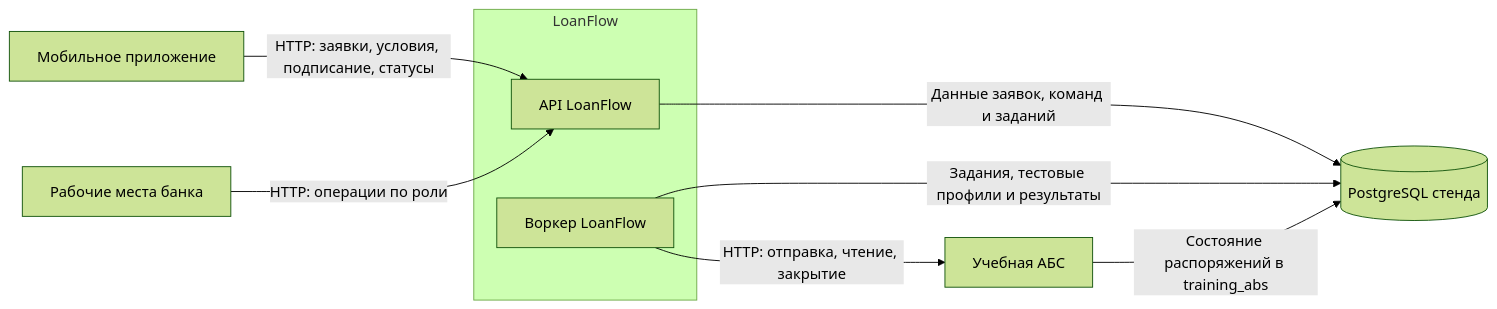
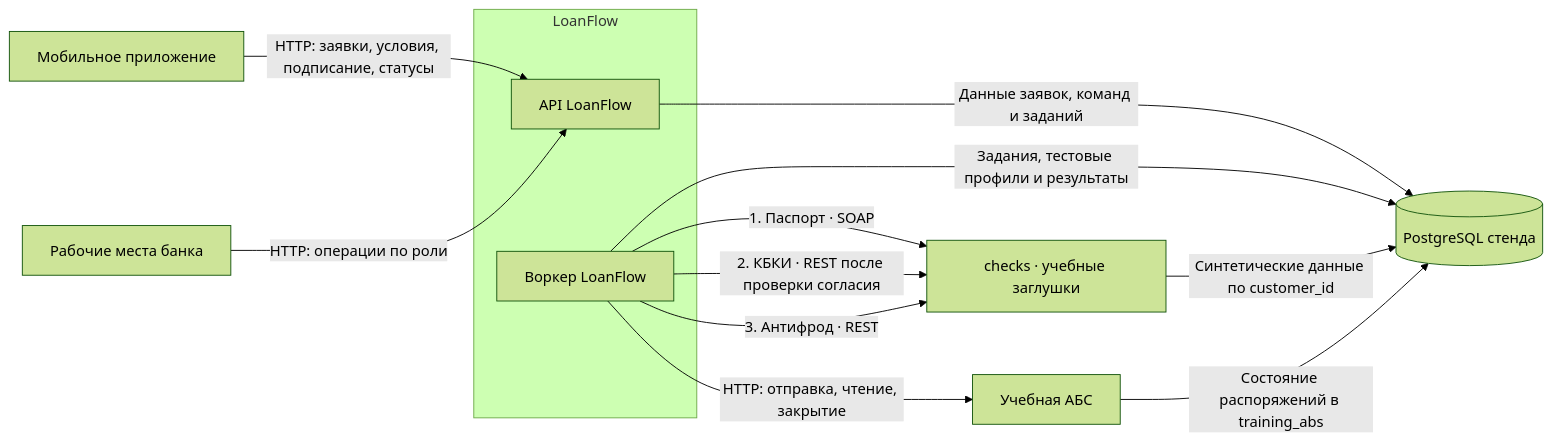
The diagram in docs/06-integrations/4.1-integration-architecture.md (denis11134/loanflow), drawn with Mermaid (forest theme) before and after one commit. The commit also changed other lines of this file and 16 other files, not shown here.

Commit message:
feat: подключить учебные проверки 4.3

````diff
--- a/docs/06-integrations/4.1-integration-architecture.md
+++ b/docs/06-integrations/4.1-integration-architecture.md
@@ -5,18 +5,23 @@
 ```mermaid
 flowchart LR
     MP["Мобильное приложение"]
     OPS["Рабочие места банка"]
     subgraph LF["LoanFlow"]
         API["API LoanFlow"]
         WORKER["Воркер LoanFlow"]
     end
     DB[("PostgreSQL стенда")]
+    CHECKS["checks · учебные заглушки"]
     ABS["Учебная АБС"]
 
     MP -->|"HTTP: заявки, условия, подписание, статусы"| API
     OPS -->|"HTTP: операции по роли"| API
     API -->|"Данные заявок, команд и заданий"| DB
     WORKER -->|"Задания, тестовые профили и результаты"| DB
+    WORKER -->|"1. Паспорт · SOAP"| CHECKS
+    WORKER -->|"2. КБКИ · REST после проверки согласия"| CHECKS
+    WORKER -->|"3. Антифрод · REST"| CHECKS
+    CHECKS -->|"Синтетические данные по customer_id"| DB
     WORKER -->|"HTTP: отправка, чтение, закрытие"| ABS
     ABS -->|"Состояние распоряжений в training_abs"| DB
 ```
````
